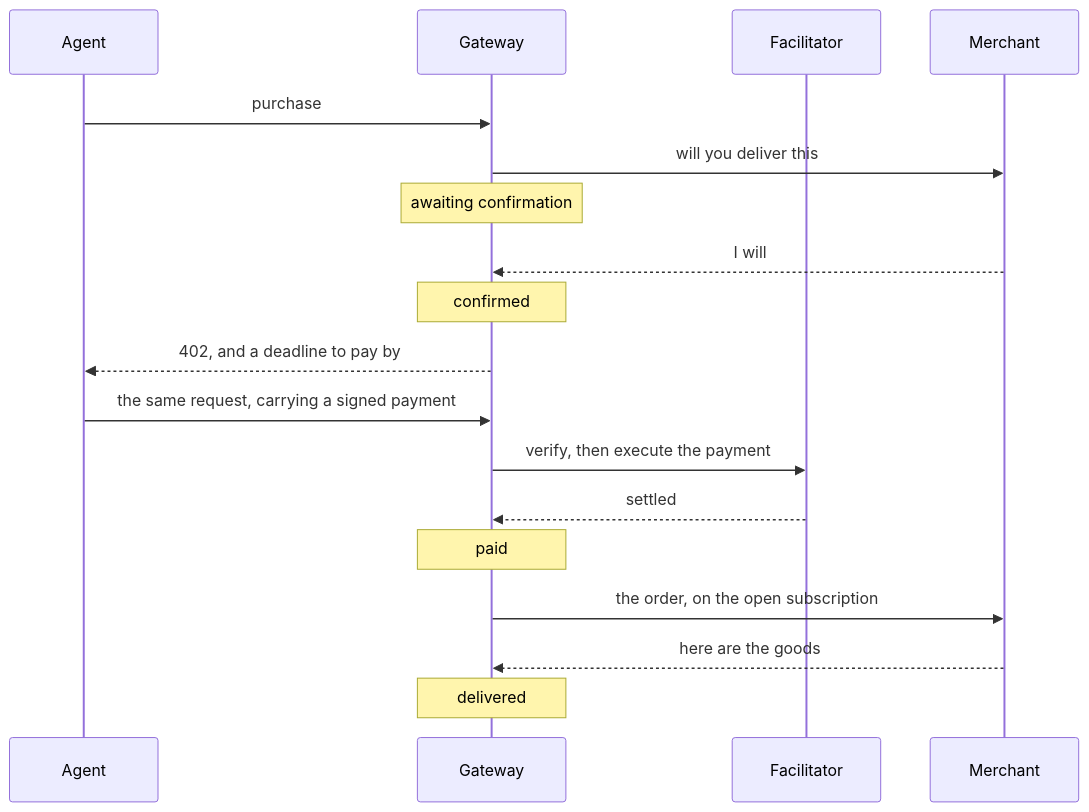
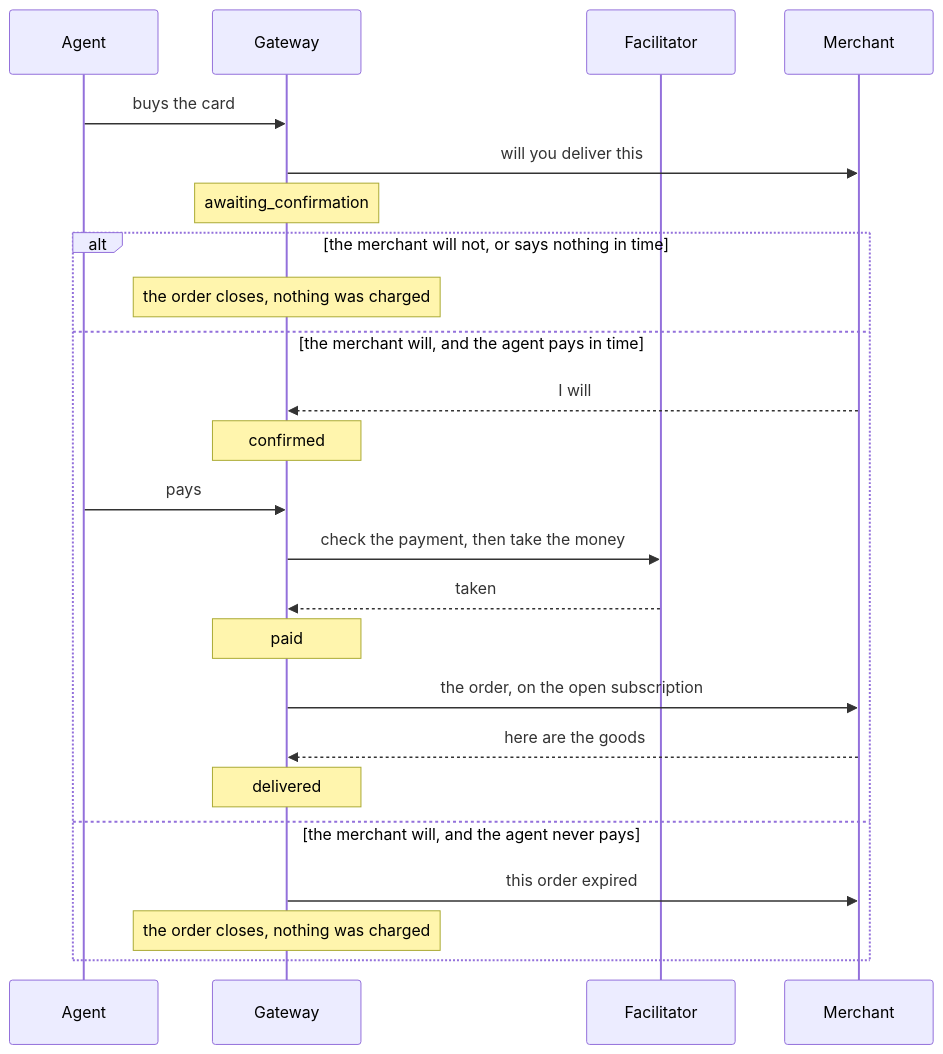
One commit to aftercard/agentify changed the third of 3 diagrams in README.md. Above: the diagram before and after it, drawn with Mermaid. The commit also changed other lines of this file and 1 other file, not shown here.

````diff
--- a/README.md
+++ b/README.md
@@ -138,20 +136,26 @@
 ```mermaid
 sequenceDiagram
     participant A as Agent
     participant G as Gateway
     participant F as Facilitator
     participant H as Merchant
-    A->>G: purchase
+    A->>G: buys the card
     G->>H: will you deliver this
-    Note over G: awaiting confirmation
-    H-->>G: I will
-    Note over G: confirmed
-    G-->>A: 402, and a deadline to pay by
-    A->>G: the same request, carrying a signed payment
-    G->>F: verify, then execute the payment
-    F-->>G: settled
-    Note over G: paid
-    G->>H: the order, on the open subscription
-    H-->>G: here are the goods
-    Note over G: delivered
+    Note over G: awaiting_confirmation
+    alt the merchant will not, or says nothing in time
+        Note over G: the order closes, nothing was charged
+    else the merchant will, and the agent pays in time
+        H-->>G: I will
+        Note over G: confirmed
+        A->>G: pays
+        G->>F: check the payment, then take the money
+        F-->>G: taken
+        Note over G: paid
+        G->>H: the order, on the open subscription
+        H-->>G: here are the goods
+        Note over G: delivered
+    else the merchant will, and the agent never pays
+        G->>H: this order expired
+        Note over G: the order closes, nothing was charged
+    end
 ```
````
